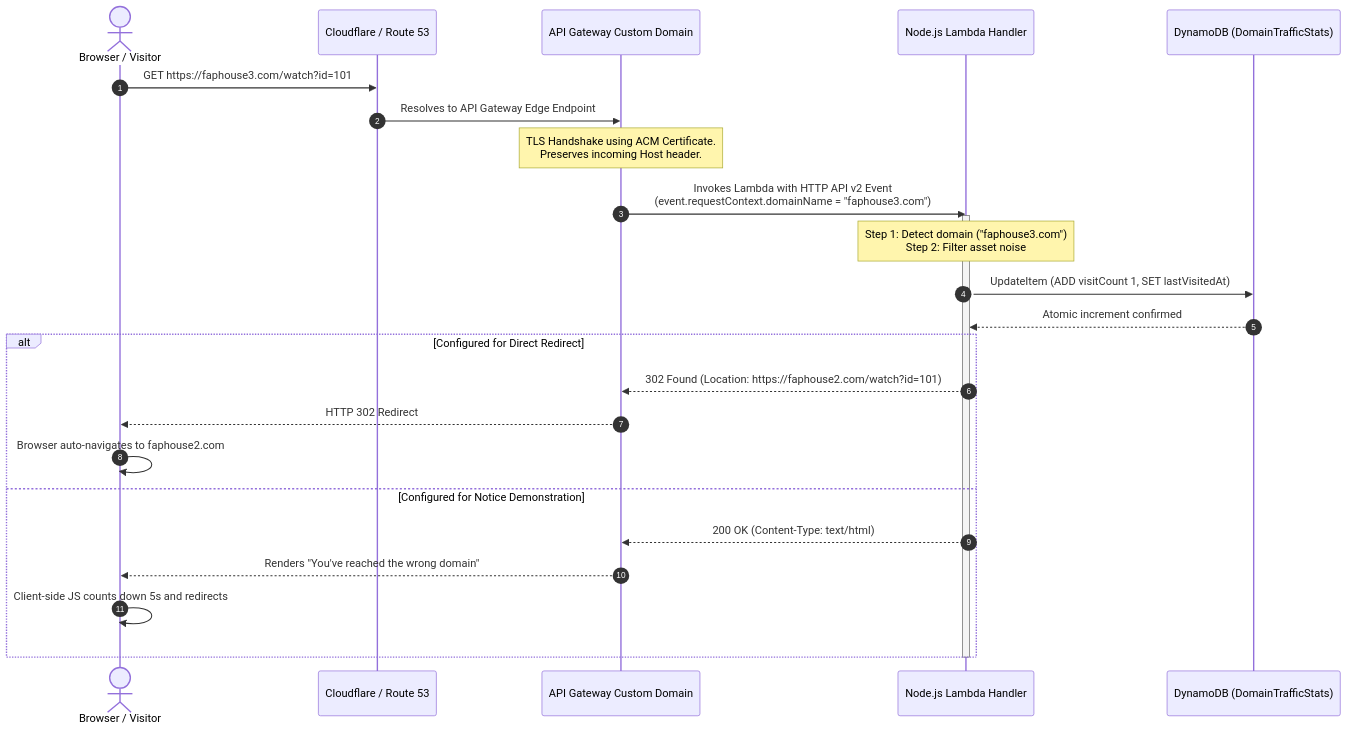
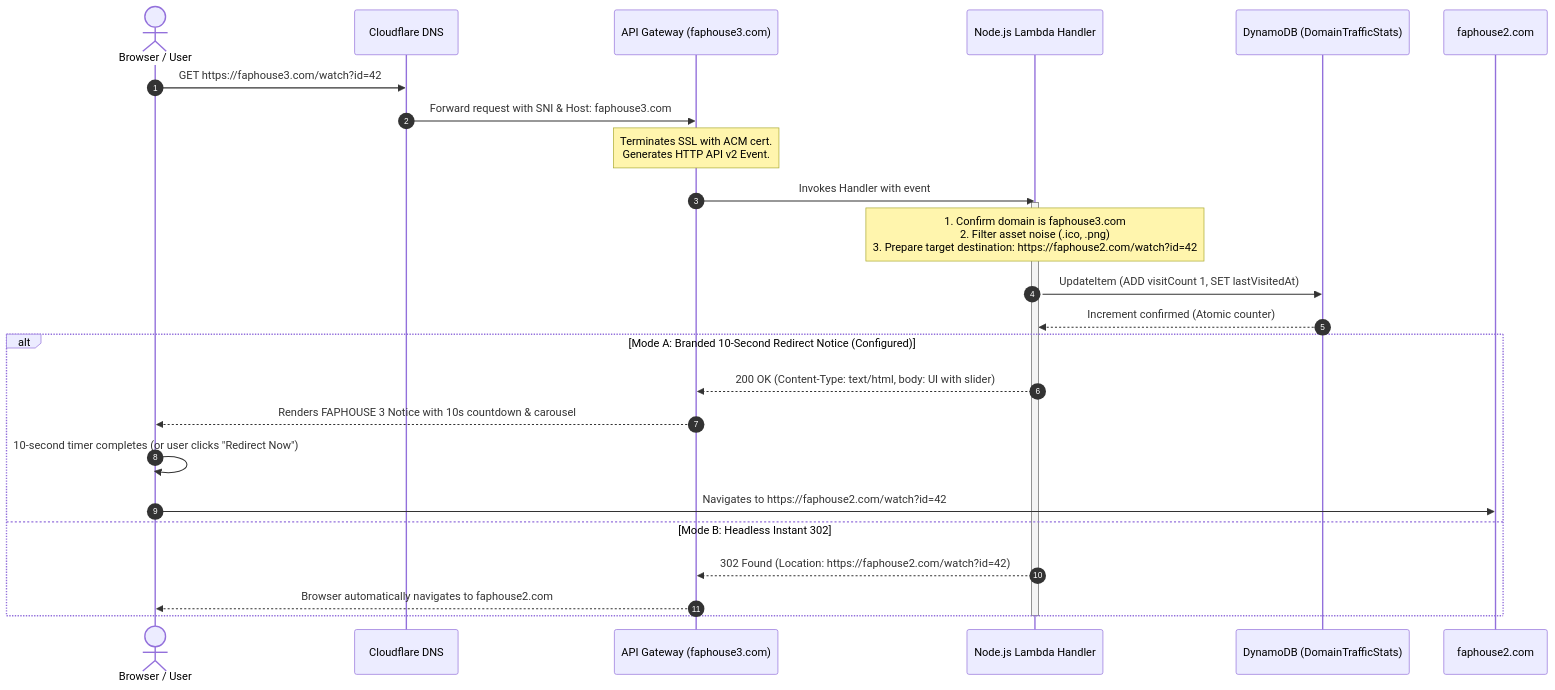
Before and after one commit to bsingh6636/domain3-traffic-redirector: the second of 2 diagrams in docs/02-architecture-design.md, drawn with Mermaid. The commit also changed other lines of this file and 4 other files, not shown here.

Commit message:
docs: streamline all documentation, runner, and architecture for single domain faphouse3

````diff
--- a/docs/02-architecture-design.md
+++ b/docs/02-architecture-design.md
@@ -52,30 +47,32 @@
 ```mermaid
 sequenceDiagram
     autonumber
-    actor User as Browser / Visitor
-    participant DNS as Cloudflare / Route 53
-    participant APIGW as API Gateway Custom Domain
+    actor Visitor as Browser / User
+    participant Cloudflare as Cloudflare DNS
+    participant APIGW as API Gateway (faphouse3.com)
     participant Lambda as Node.js Lambda Handler
-    participant DDB as DynamoDB (DomainTrafficStats)
+    participant DynamoDB as DynamoDB (DomainTrafficStats)
+    participant Target as faphouse2.com
 
-    User->>DNS: GET https://faphouse3.com/watch?id=101
-    DNS->>APIGW: Resolves to API Gateway Edge Endpoint
-    Note over APIGW: TLS Handshake using ACM Certificate.<br>Preserves incoming Host header.
-    APIGW->>Lambda: Invokes Lambda with HTTP API v2 Event<br>(event.requestContext.domainName = "faphouse3.com")
+    Visitor->>Cloudflare: GET https://faphouse3.com/watch?id=42
+    Cloudflare->>APIGW: Forward request with SNI & Host: faphouse3.com
+    Note over APIGW: Terminates SSL with ACM cert.<br>Generates HTTP API v2 Event.
+    APIGW->>Lambda: Invokes Handler with event
     
     activate Lambda
-    Note over Lambda: Step 1: Detect domain ("faphouse3.com")<br>Step 2: Filter asset noise
-    Lambda->>DDB: UpdateItem (ADD visitCount 1, SET lastVisitedAt)
-    DDB-->>Lambda: Atomic increment confirmed
+    Note over Lambda: 1. Confirm domain is faphouse3.com<br>2. Filter asset noise (.ico, .png)<br>3. Prepare target destination: https://faphouse2.com/watch?id=42
     
-    alt Configured for Direct Redirect
-        Lambda-->>APIGW: 302 Found (Location: https://faphouse2.com/watch?id=101)
-        APIGW-->>User: HTTP 302 Redirect
-        User->>User: Browser auto-navigates to faphouse2.com
-    else Configured for Notice Demonstration
-        Lambda-->>APIGW: 200 OK (Content-Type: text/html)
-        APIGW-->>User: Renders "You've reached the wrong domain"
-        User->>User: Client-side JS counts down 5s and redirects
+    Lambda->>DynamoDB: UpdateItem (ADD visitCount 1, SET lastVisitedAt)
+    DynamoDB-->>Lambda: Increment confirmed (Atomic counter)
+    
+    alt Mode A: Branded 10-Second Redirect Notice (Configured)
+        Lambda-->>APIGW: 200 OK (Content-Type: text/html, body: UI with slider)
+        APIGW-->>Visitor: Renders FAPHOUSE 3 Notice with 10s countdown & carousel
+        Visitor->>Visitor: 10-second timer completes (or user clicks "Redirect Now")
+        Visitor->>Target: Navigates to https://faphouse2.com/watch?id=42
+    else Mode B: Headless Instant 302
+        Lambda-->>APIGW: 302 Found (Location: https://faphouse2.com/watch?id=42)
+        APIGW-->>Visitor: Browser automatically navigates to faphouse2.com
     end
     deactivate Lambda
 ```
````
